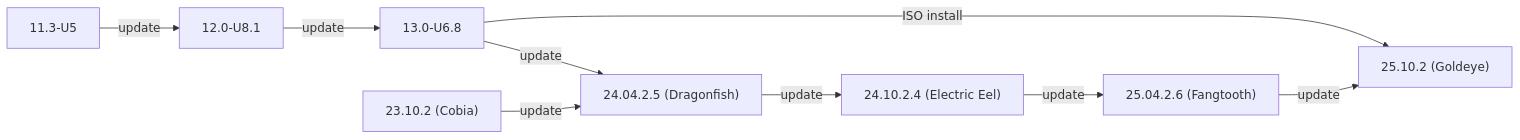
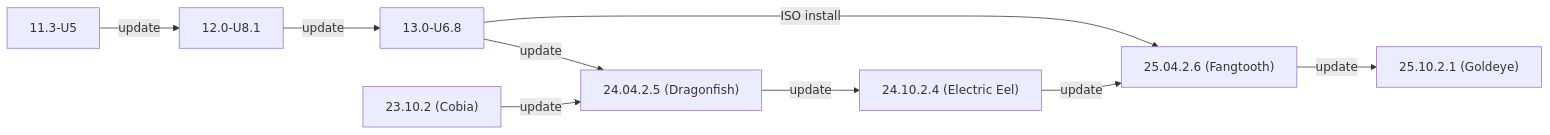
Before and after one commit to truenas/documentation: the second of 2 diagrams in static/includes/SCALEUpgradePaths.md, drawn with Mermaid. The commit also changed other lines of this file and 2 other files, not shown here.

Commit message:
Pd 2567 25 10 2 1 release master followup (#4445)
* Update scale-releases.yaml

update latest release for 25.10.2.1

* Update SCALEUpgradePaths.md

update latest for 25.10.2.1

* Update truenas-downloads.yaml

```diff
--- a/static/includes/SCALEUpgradePaths.md
+++ b/static/includes/SCALEUpgradePaths.md
@@ -52,12 +52,12 @@
             {{< mermaid class="mermaid_sizing" >}}
             flowchart LR
               A["11.3-U5"] -->|update| B
               B["12.0-U8.1"] -->|update| C
-              C["13.0-U6.8"] -->|ISO install| H
+              C["13.0-U6.8"] -->|ISO install| G
               C -->|update| E
               D["23.10.2 (Cobia)"] -->|update| E
               E["24.04.2.5 (Dragonfish)"]  -->|update| F
               F["24.10.2.4 (Electric Eel)"] -->|update| G
               G["25.04.2.6 (Fangtooth)"] -->|update| H
-              H["25.10.2 (Goldeye)"]
+              H["25.10.2.1 (Goldeye)"]
             {{< /mermaid >}}
```
